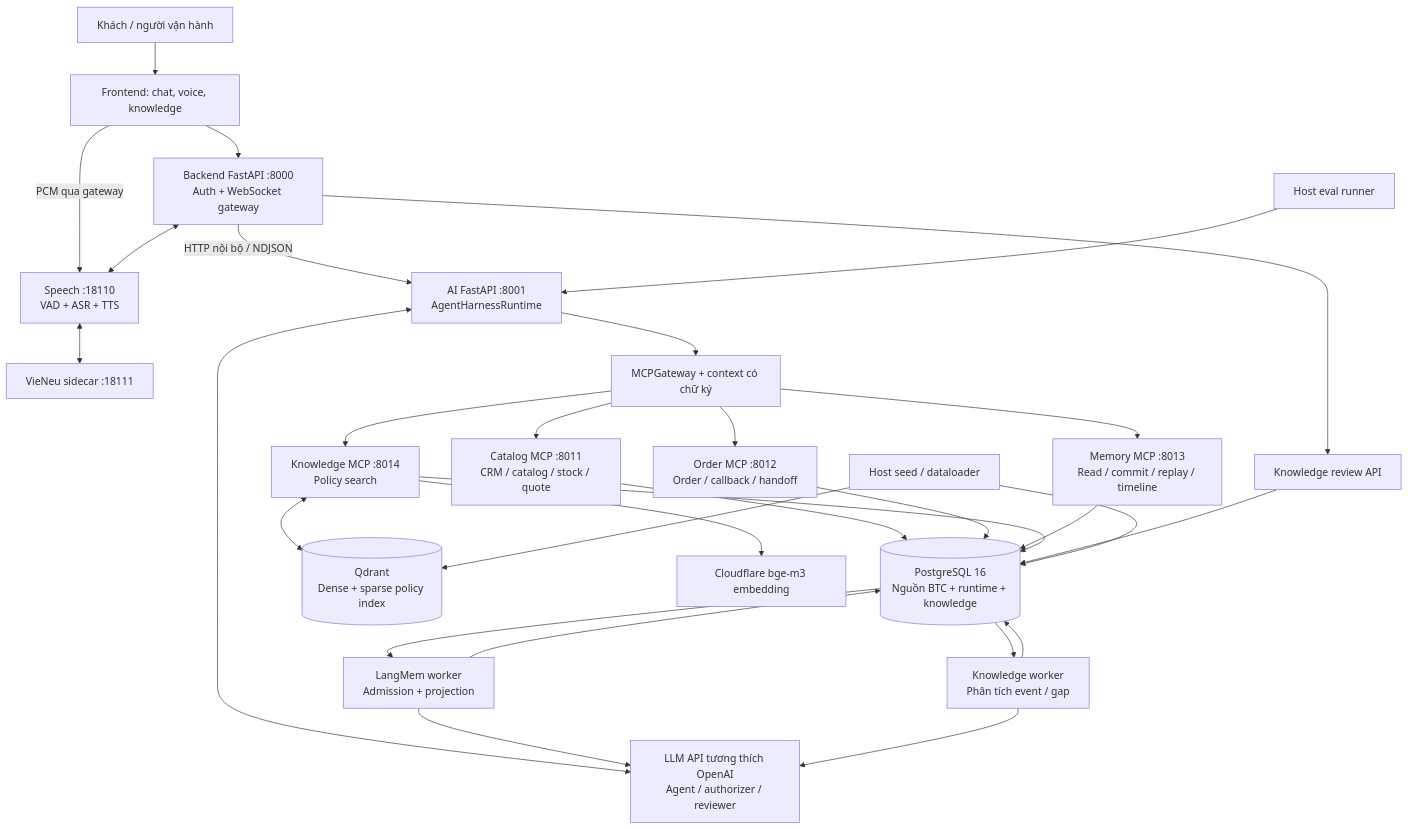
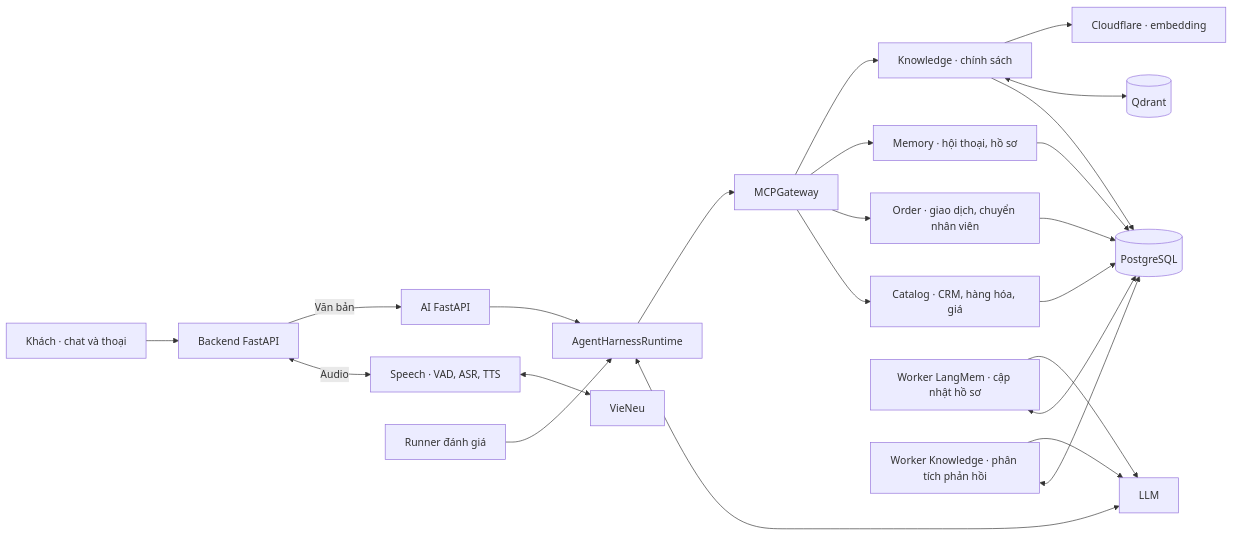
One commit to PhucNguyenThanh04/TeleSale-SudoCode2026 changed the first of 2 diagrams in docs/tai-lieu-kien-truc.md. Above: the diagram before and after it, drawn with Mermaid. The commit also changed other lines of this file and 28 other files, not shown here.

````diff
--- a/docs/tai-lieu-kien-truc.md
+++ b/docs/tai-lieu-kien-truc.md
@@ -27,32 +7,25 @@
 ```mermaid
-flowchart TB
-    U[Khách / người vận hành] --> UI[Frontend: chat, voice, knowledge]
-    UI --> GW[Backend FastAPI :8000\nAuth + WebSocket gateway]
-    GW -->|HTTP nội bộ / NDJSON| AI[AI FastAPI :8001\nAgentHarnessRuntime]
-    UI -->|PCM qua gateway| SP[Speech :18110\nVAD + ASR + TTS]
-    GW <--> SP
-    SP <--> VN[VieNeu sidecar :18111]
-    AI <--> LLM[LLM API tương thích OpenAI\nAgent / authorizer / reviewer]
-    AI --> MCP[MCPGateway + context có chữ ký]
-    MCP --> CA[Catalog MCP :8011\nCRM / catalog / stock / quote]
-    MCP --> OR[Order MCP :8012\nOrder / callback / handoff]
-    MCP --> ME[Memory MCP :8013\nRead / commit / replay / timeline]
-    MCP --> KN[Knowledge MCP :8014\nPolicy search]
-    CA --> PG[(PostgreSQL 16\nNguồn BTC + runtime + knowledge)]
-    OR --> PG
-    ME --> PG
-    KN --> PG
-    KN <--> QD[(Qdrant\nDense + sparse policy index)]
-    KN --> CF[Cloudflare bge-m3 embedding]
-    PG --> MW[LangMem worker\nAdmission + projection]
-    MW --> PG
+flowchart LR
+    UI["Khách · chat và thoại"] --> GW["Backend FastAPI"]
+    GW <-->|Audio| SP["Speech · VAD, ASR, TTS"]
+    SP <--> VN["VieNeu"]
+    GW -->|Văn bản| API["AI FastAPI"]
+    API --> RT["AgentHarnessRuntime"]
+    EV["Runner đánh giá"] --> RT
+    RT <--> LLM["LLM"]
+    RT --> G["MCPGateway"]
+    G --> C["Catalog · CRM, hàng hóa, giá"]
+    G --> O["Order · giao dịch, chuyển nhân viên"]
+    G --> M["Memory · hội thoại, hồ sơ"]
+    G --> K["Knowledge · chính sách"]
+    C --> DB[(PostgreSQL)]
+    O --> DB
+    M --> DB
+    K --> DB
+    K <--> Q[(Qdrant)]
+    K --> E["Cloudflare · embedding"]
+    MW["Worker LangMem · cập nhật hồ sơ"] <--> DB
+    KW["Worker Knowledge · phân tích phản hồi"] <--> DB
     MW --> LLM
-    PG --> KW[Knowledge worker\nPhân tích event / gap]
-    KW --> PG
     KW --> LLM
-    GW --> RV[Knowledge review API]
-    RV --> PG
-    EV[Host eval runner] --> AI
-    SE[Host seed / dataloader] --> PG
-    SE --> QD
 ```
````
